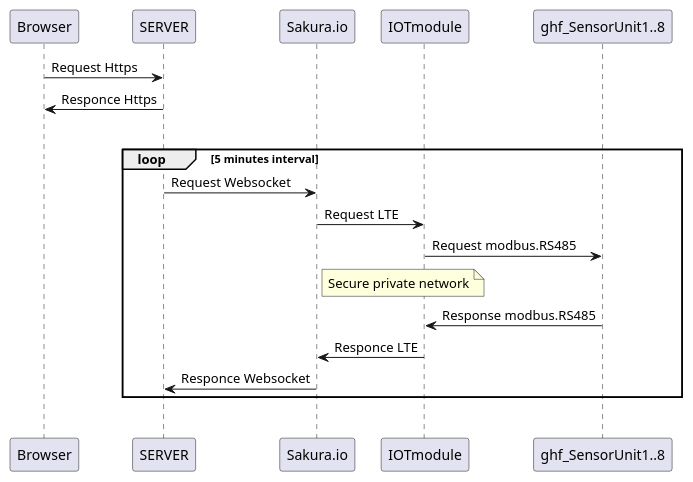
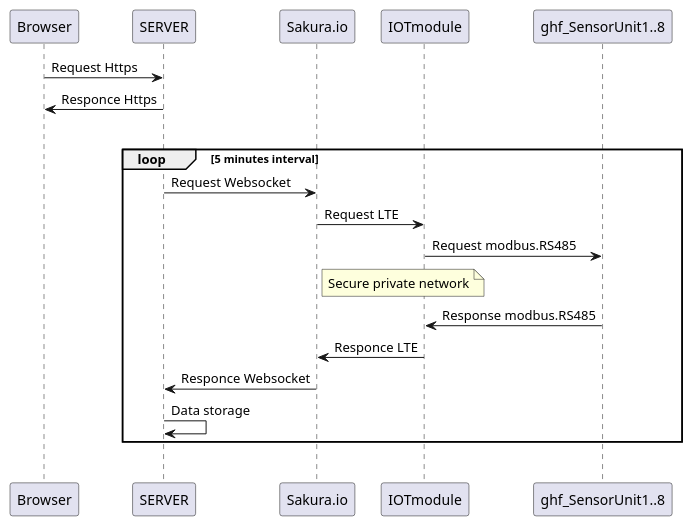
Before and after one commit to piot-jp-Team/ghf_sensorhousing: the diagram in sequence.pu, drawn with PlantUML. The commit also changed 1 other file, not shown here.

Commit message:
secuence diagram Modified

```diff
--- a/sequence.pu
+++ b/sequence.pu
@@ -1,13 +1,14 @@
 Browser -> SERVER: Request Https
 SERVER -> Browser: Responce Https
 |||
 LOOP  5 minutes interval
 SERVER -> Sakura.io: Request Websocket
 Sakura.io -> IOTmodule: Request LTE
 IOTmodule -> ghf_SensorUnit1..8: Request modbus.RS485
 Note right of Sakura.io: Secure private network
 ghf_SensorUnit1..8 -> IOTmodule: Response modbus.RS485
 IOTmodule -> Sakura.io: Responce LTE
 Sakura.io -> SERVER: Responce Websocket
+SERVER -> SERVER: Data storage
 end
 |||
```
